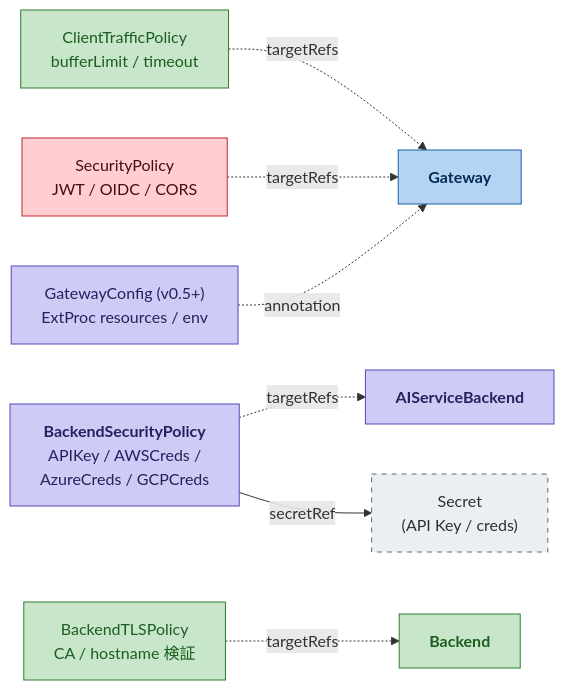
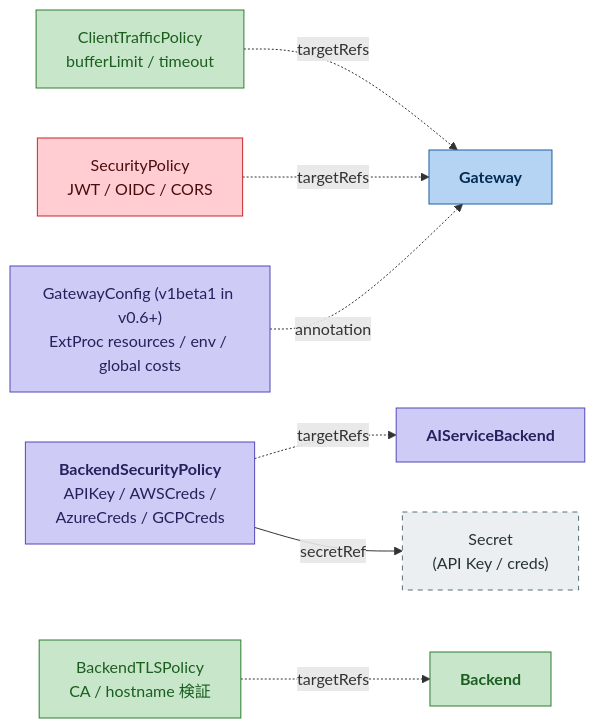
The fourth of 5 diagrams in Generative_AI/Envoy_AI_Gateway/Envoy AI Gatewayについて.md (nutslove/Knowledges), drawn with Mermaid before and after one commit. The commit also changed other lines of this file, not shown here.

````diff
--- a/Generative_AI/Envoy_AI_Gateway/Envoy AI Gatewayについて.md
+++ b/Generative_AI/Envoy_AI_Gateway/Envoy AI Gatewayについて.md
@@ -939,33 +1075,33 @@
 ```mermaid
 flowchart LR
   GW["<b>Gateway</b>"]
   ASB["<b>AIServiceBackend</b>"]
   BK["<b>Backend</b>"]
 
   CTP["ClientTrafficPolicy<br/>bufferLimit / timeout"]
   SP["SecurityPolicy<br/>JWT / OIDC / CORS"]
-  GCF["GatewayConfig (v0.5+)<br/>ExtProc resources / env"]
+  GCF["GatewayConfig (v1beta1 in v0.6+)<br/>ExtProc resources / env / global costs"]
   BSP["<b>BackendSecurityPolicy</b><br/>APIKey / AWSCreds /<br/>AzureCreds / GCPCreds"]
   BTLS["BackendTLSPolicy<br/>CA / hostname 検証"]
 
   CTP -. "targetRefs" .-> GW
   SP  -. "targetRefs" .-> GW
   GCF -. "annotation" .-> GW
   BSP -. "targetRefs" .-> ASB
   BTLS -. "targetRefs" .-> BK
 
   SEC["Secret<br/>(API Key / creds)"]
   BSP -->|"secretRef"| SEC
 
   classDef std fill:#B5D4F4,stroke:#185FA5,color:#042C53
   classDef ai  fill:#CECBF6,stroke:#534AB7,color:#26215C
   classDef eg  fill:#C8E6C9,stroke:#2E7D32,color:#1B5E20
   classDef sec fill:#FFCDD2,stroke:#C62828,color:#4A0E0E
   classDef ext fill:#ECEFF1,stroke:#546E7A,color:#263238,stroke-dasharray: 5 5
 
   class GW std
   class ASB,BSP,GCF ai
   class BK,CTP,BTLS eg
   class SP sec
   class SEC ext
 ```
````
